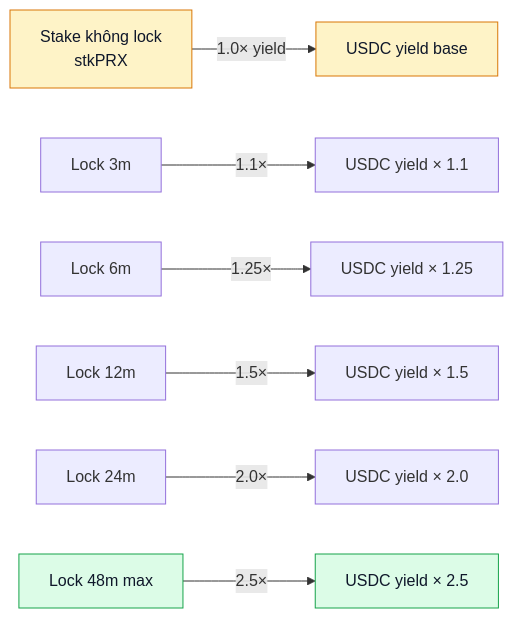
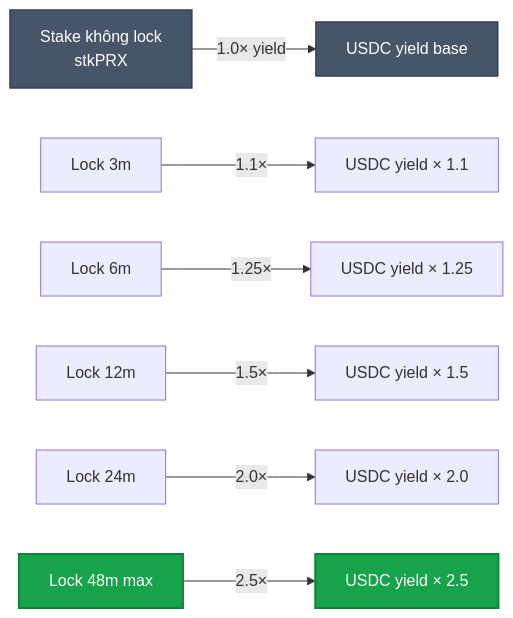
One commit to PrediX-Protocol/predix-docs changed the second of 3 diagrams in vi_v6/kinh-te/staking-real-yield.md. Above: the diagram before and after it, drawn with Mermaid. The commit also changed other lines of this file and 32 other files, not shown here.

First line of the commit message:
docs(vi_v6): redesign Mermaid theme — solid mid-tone palette + dark theme

````diff
--- a/vi_v6/kinh-te/staking-real-yield.md
+++ b/vi_v6/kinh-te/staking-real-yield.md
@@ -68,14 +68,14 @@
 ```mermaid
 flowchart LR
     Stake[Stake không lock<br/>stkPRX] -->|1.0× yield| Y0[USDC yield base]
     Lock3[Lock 3m] -->|1.1×| Y1[USDC yield × 1.1]
     Lock6[Lock 6m] -->|1.25×| Y2[USDC yield × 1.25]
     Lock12[Lock 12m] -->|1.5×| Y3[USDC yield × 1.5]
     Lock24[Lock 24m] -->|2.0×| Y4[USDC yield × 2.0]
     Lock48[Lock 48m max] -->|2.5×| Y5[USDC yield × 2.5]
 
-    classDef low fill:#fef3c7,stroke:#d97706,color:#0f172a
-    classDef high fill:#dcfce7,stroke:#16a34a,color:#0f172a
+    classDef low fill:#475569,stroke:#334155,color:#fff,stroke-width:1.5px
+    classDef high fill:#16a34a,stroke:#15803d,color:#fff,stroke-width:2px
     class Stake,Y0 low
     class Lock48,Y5 high
 ```
````
